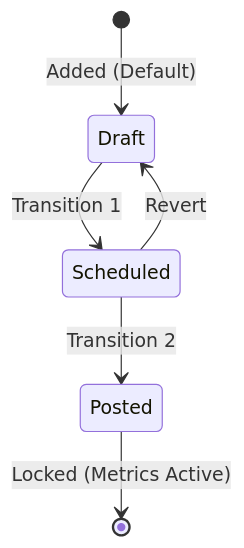
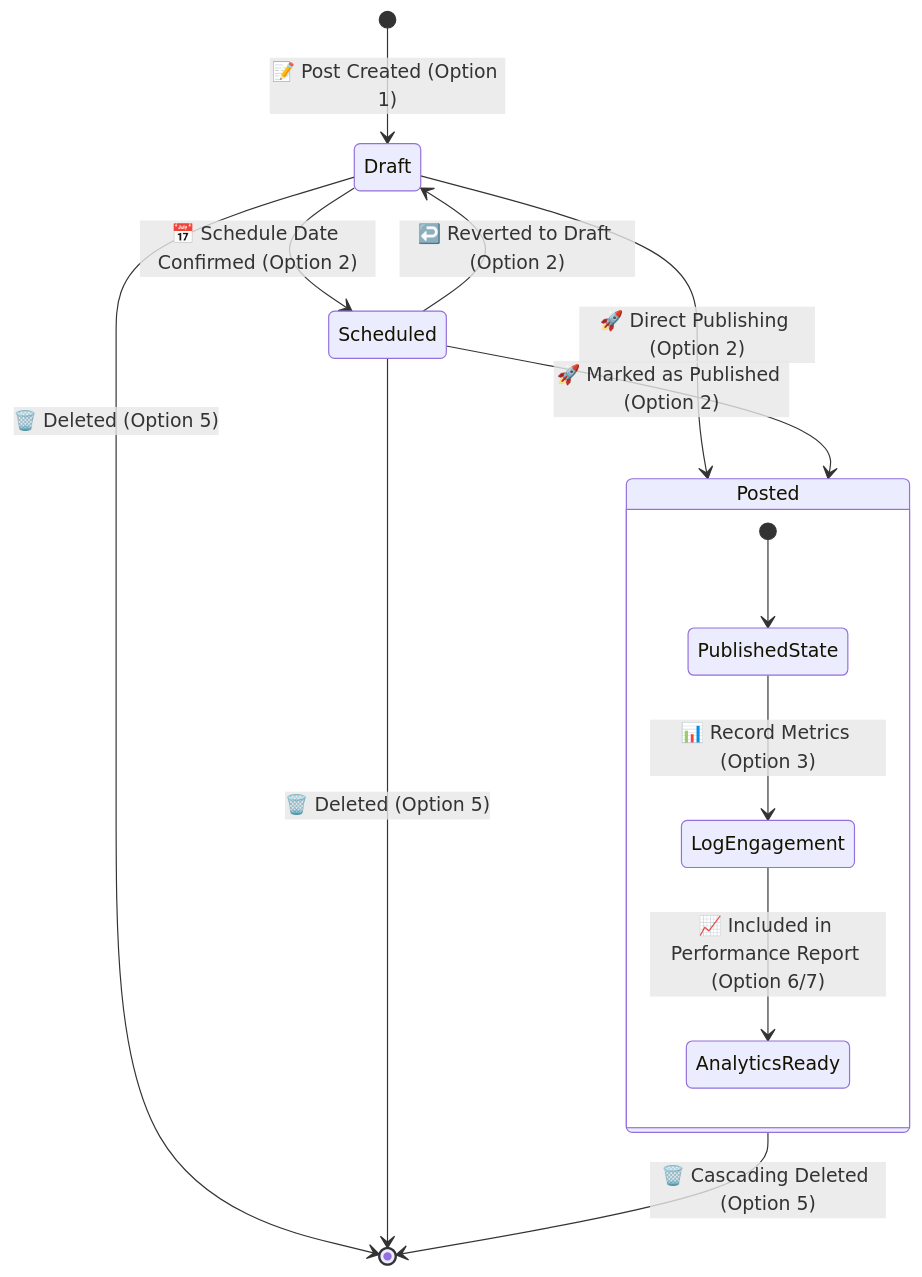
One commit to LoJunHao/CSC1024-Final-Project changed the third of 5 diagrams in readme.md. Above: the diagram before and after it, drawn with Mermaid. The commit also changed other lines of this file, not shown here.

````diff
--- a/readme.md
+++ b/readme.md
@@ -59,8 +176,20 @@
 ```mermaid
 stateDiagram-v2
-    [*] --> Draft : Added (Default)
-    Draft --> Scheduled : Transition 1
-    Scheduled --> Draft : Revert
-    Scheduled --> Posted : Transition 2
-    Posted --> [*] : Locked (Metrics Active)
+    [*] --> Draft : 📝 Post Created (Option 1)
+    
+    Draft --> Scheduled : 📅 Schedule Date Confirmed (Option 2)
+    Draft --> Posted : 🚀 Direct Publishing (Option 2)
+    
+    Scheduled --> Draft : ↩️ Reverted to Draft (Option 2)
+    Scheduled --> Posted : 🚀 Marked as Published (Option 2)
+    
+    state Posted {
+        [*] --> PublishedState
+        PublishedState --> LogEngagement : 📊 Record Metrics (Option 3)
+        LogEngagement --> AnalyticsReady : 📈 Included in Performance Report (Option 6/7)
+    }
+    
+    Draft --> [*] : 🗑️ Deleted (Option 5)
+    Scheduled --> [*] : 🗑️ Deleted (Option 5)
+    Posted --> [*] : 🗑️ Cascading Deleted (Option 5)
 ```
````
